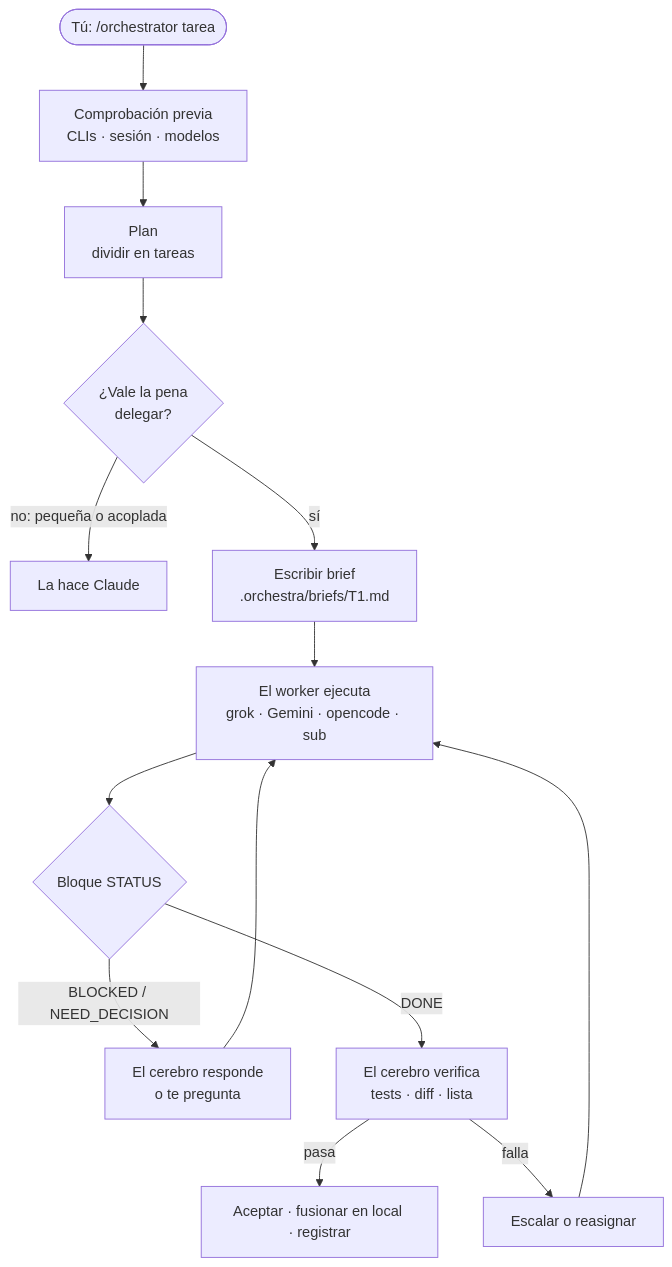
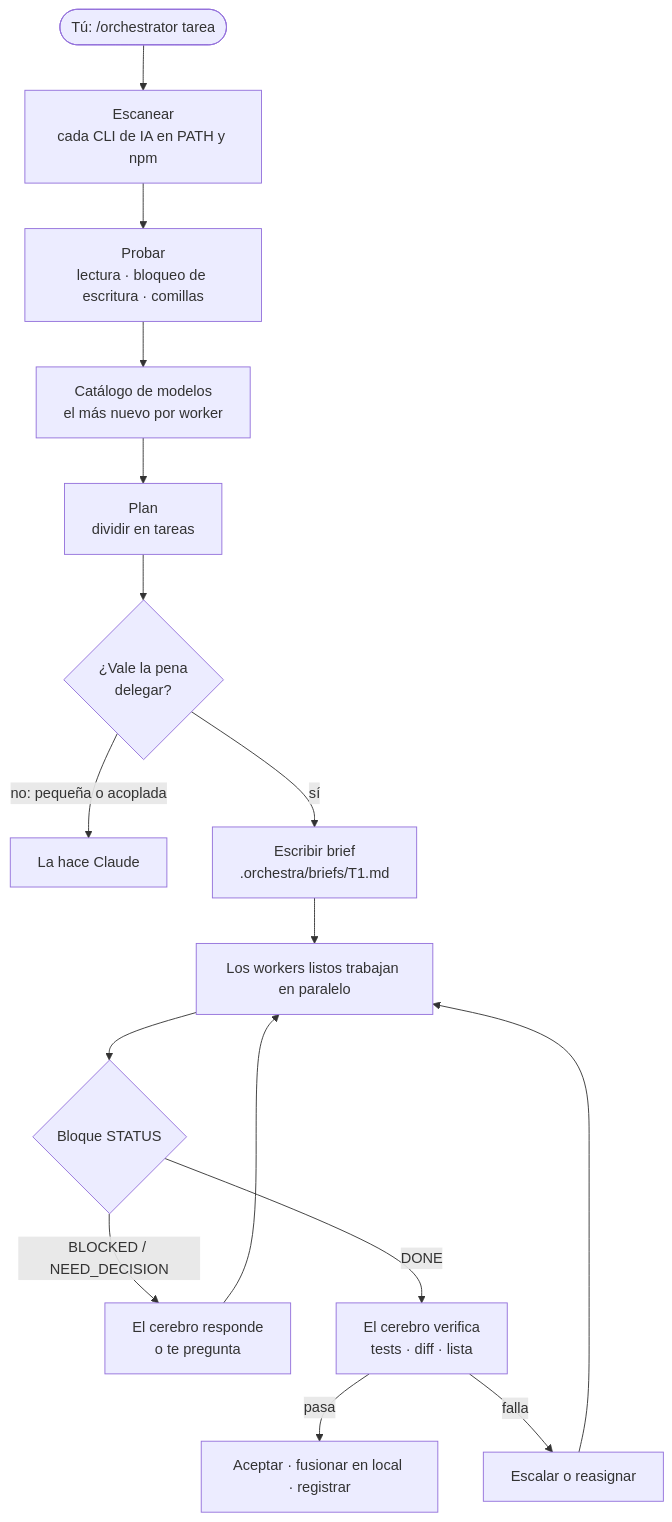
Before and after one commit to yoelkh/orkestraku: the first of 3 diagrams in README.es.md, drawn with Mermaid. The commit also changed other lines of this file and 9 other files, not shown here.

````diff
--- a/README.es.md
+++ b/README.es.md
@@ -54,14 +59,16 @@
 ```mermaid
 flowchart TD
-    U(["Tú: /orchestrator tarea"]) --> P["Comprobación previa<br/>CLIs · sesión · modelos"]
-    P --> PL["Plan<br/>dividir en tareas"]
+    U(["Tú: /orchestrator tarea"]) --> SC["Escanear<br/>cada CLI de IA en PATH y npm"]
+    SC --> PR["Probar<br/>lectura · bloqueo de escritura · comillas"]
+    PR --> CAT["Catálogo de modelos<br/>el más nuevo por worker"]
+    CAT --> PL["Plan<br/>dividir en tareas"]
     PL --> D{"¿Vale la pena<br/>delegar?"}
     D -- "no: pequeña o acoplada" --> SELF["La hace Claude"]
     D -- sí --> B["Escribir brief<br/>.orchestra/briefs/T1.md"]
-    B --> W["El worker ejecuta<br/>grok · Gemini · opencode · sub"]
+    B --> W["Los workers listos trabajan en paralelo"]
     W --> S{"Bloque STATUS"}
     S -- "BLOCKED / NEED_DECISION" --> A["El cerebro responde<br/>o te pregunta"] --> W
     S -- DONE --> V["El cerebro verifica<br/>tests · diff · lista"]
     V -- pasa --> M["Aceptar · fusionar en local · registrar"]
     V -- falla --> E["Escalar o reasignar"] --> W
 ```
````
